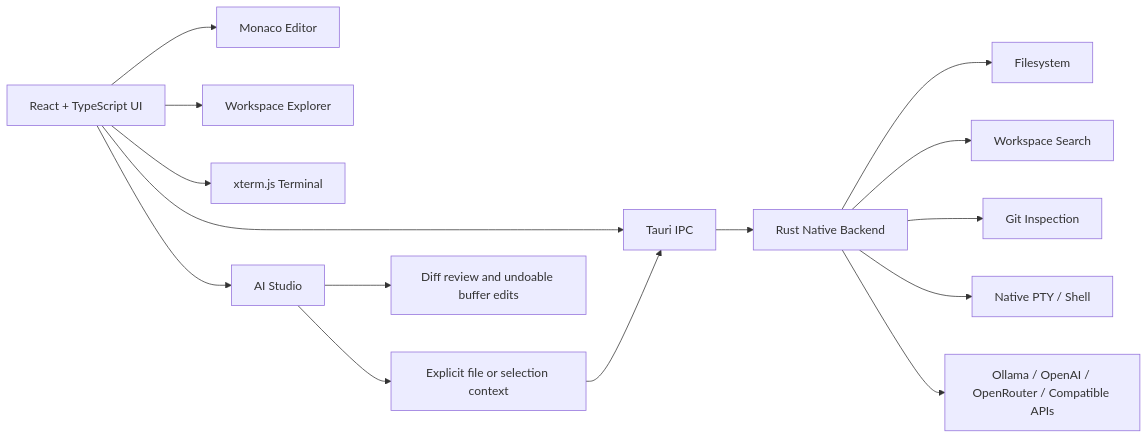
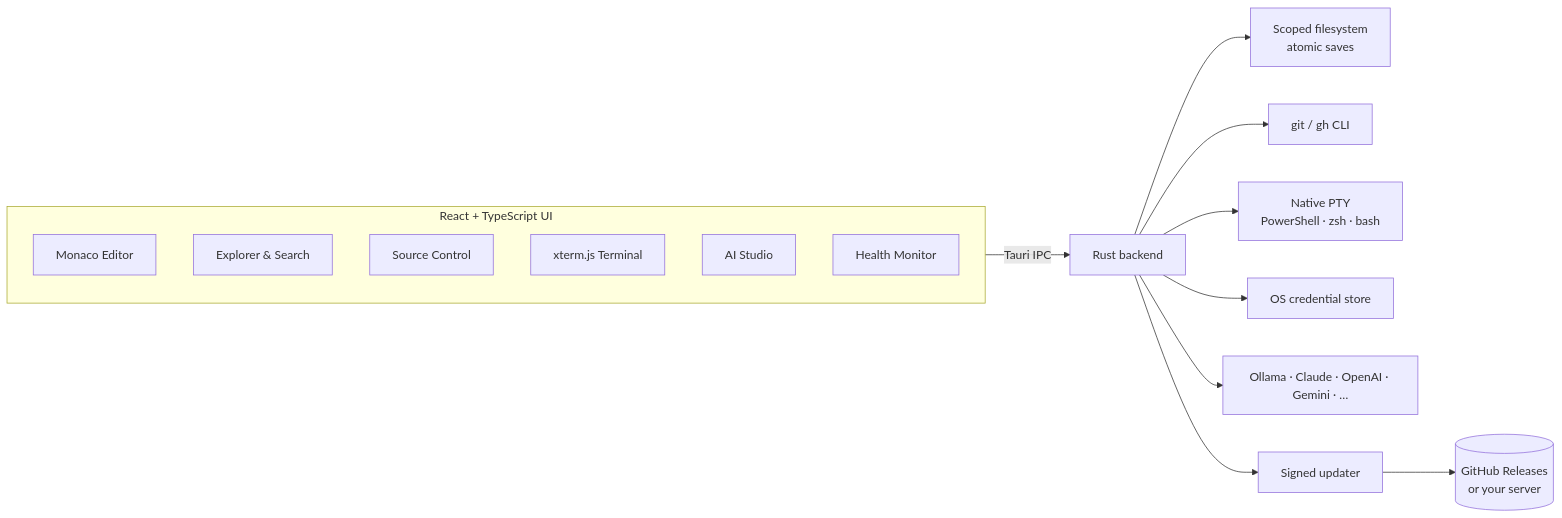
One commit to fcopensource/veyraeditor changed the diagram in README.md. Above: the diagram before and after it, drawn with Mermaid. The commit also changed other lines of this file, not shown here.

First line of the commit message:
docs: rewrite README for Veyra Studio 0.4

````diff
--- a/README.md
+++ b/README.md
@@ -164,19 +171,20 @@
 ```mermaid
 flowchart LR
-    UI[React + TypeScript UI] --> Monaco[Monaco Editor]
-    UI --> Explorer[Workspace Explorer]
-    UI --> Terminal[xterm.js Terminal]
-    UI --> IPC[Tauri IPC]
+    subgraph UI["React + TypeScript UI"]
+      Monaco[Monaco Editor]
+      Explorer[Explorer & Search]
+      SCM[Source Control]
+      Term[xterm.js Terminal]
+      AI[AI Studio]
+      Health[Health Monitor]
+    end
 
-    IPC --> Rust[Rust Native Backend]
-    Rust --> FS[Filesystem]
-    Rust --> Search[Workspace Search]
-    Rust --> Git[Git Inspection]
-    Rust --> PTY[Native PTY / Shell]
-
-    UI --> AI[AI Studio]
-    AI --> Context[Explicit file or selection context]
-    Context --> IPC
-    Rust --> Models[Ollama / OpenAI / OpenRouter / Compatible APIs]
-    AI --> Review[Diff review and undoable buffer edits]
+    UI -->|Tauri IPC| Rust[Rust backend]
+    Rust --> FS[Scoped filesystem<br/>atomic saves]
+    Rust --> Git[git / gh CLI]
+    Rust --> PTY[Native PTY<br/>PowerShell · zsh · bash]
+    Rust --> Keys[OS credential store]
+    Rust --> Models[Ollama · Claude · OpenAI · Gemini · …]
+    Rust --> Updater[Signed updater]
+    Updater --> Releases[(GitHub Releases<br/>or your server)]
 ```
````
